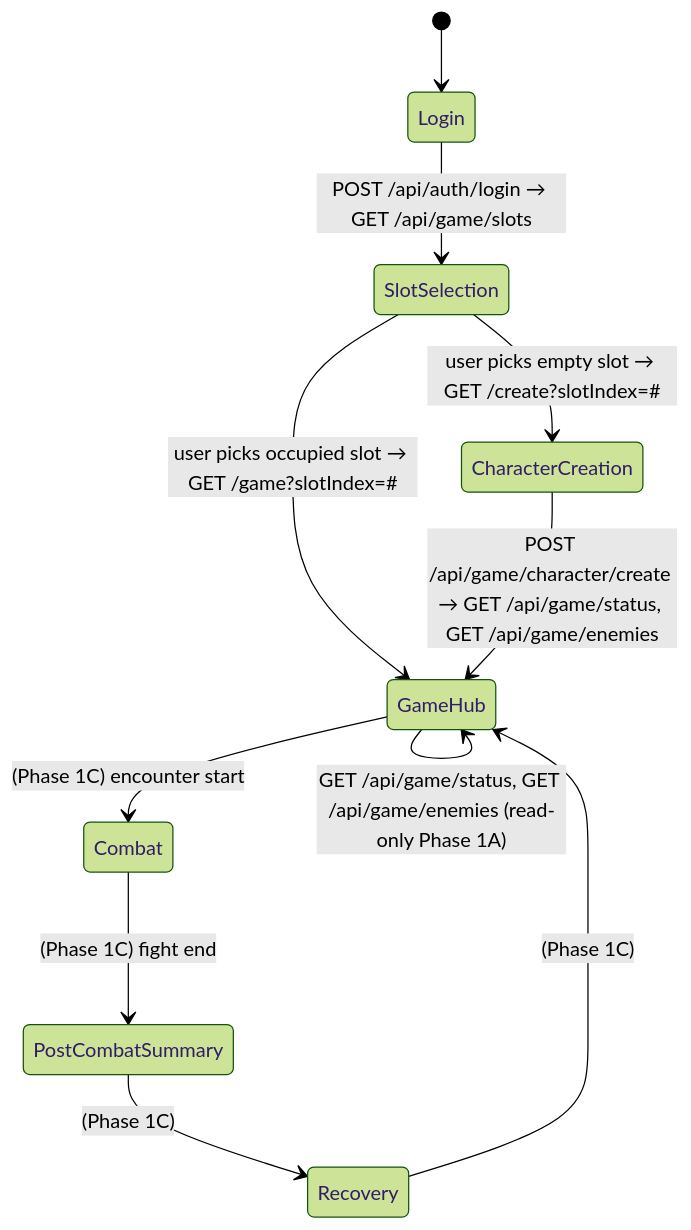
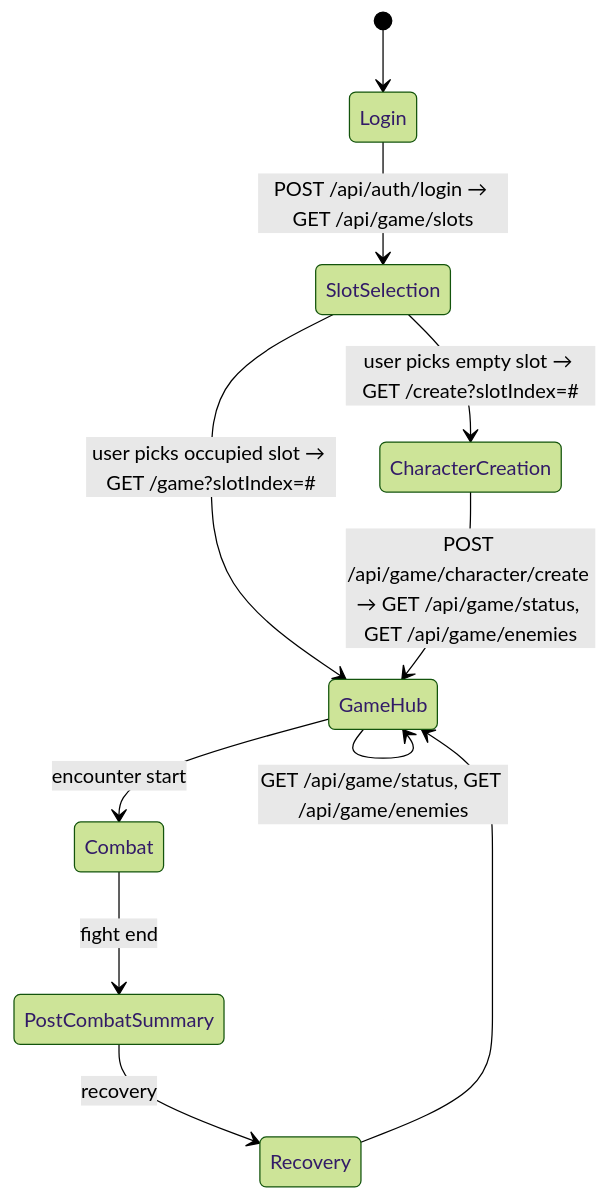
The second of 2 diagrams in docs/01-state-machine.md (igavriel/fate-engine), drawn with Mermaid (forest theme) before and after one commit. The commit also changed other lines of this file and 39 other files, not shown here.

````diff
--- a/docs/01-state-machine.md
+++ b/docs/01-state-machine.md
@@ -30,13 +30,13 @@
 ```mermaid
 stateDiagram-v2
     [*] --> Login
     Login --> SlotSelection : POST /api/auth/login → GET /api/game/slots
     SlotSelection --> CharacterCreation : user picks empty slot → GET /create?slotIndex=#
     SlotSelection --> GameHub : user picks occupied slot → GET /game?slotIndex=#
     CharacterCreation --> GameHub : POST /api/game/character/create → GET /api/game/status, GET /api/game/enemies
-    GameHub --> GameHub : GET /api/game/status, GET /api/game/enemies (read-only Phase 1A)
-    GameHub --> Combat : (Phase 1C) encounter start
-    Combat --> PostCombatSummary : (Phase 1C) fight end
-    PostCombatSummary --> Recovery : (Phase 1C)
-    Recovery --> GameHub : (Phase 1C)
+    GameHub --> GameHub : GET /api/game/status, GET /api/game/enemies
+    GameHub --> Combat : encounter start
+    Combat --> PostCombatSummary : fight end
+    PostCombatSummary --> Recovery : recovery
+    Recovery --> GameHub 
 ```
````
